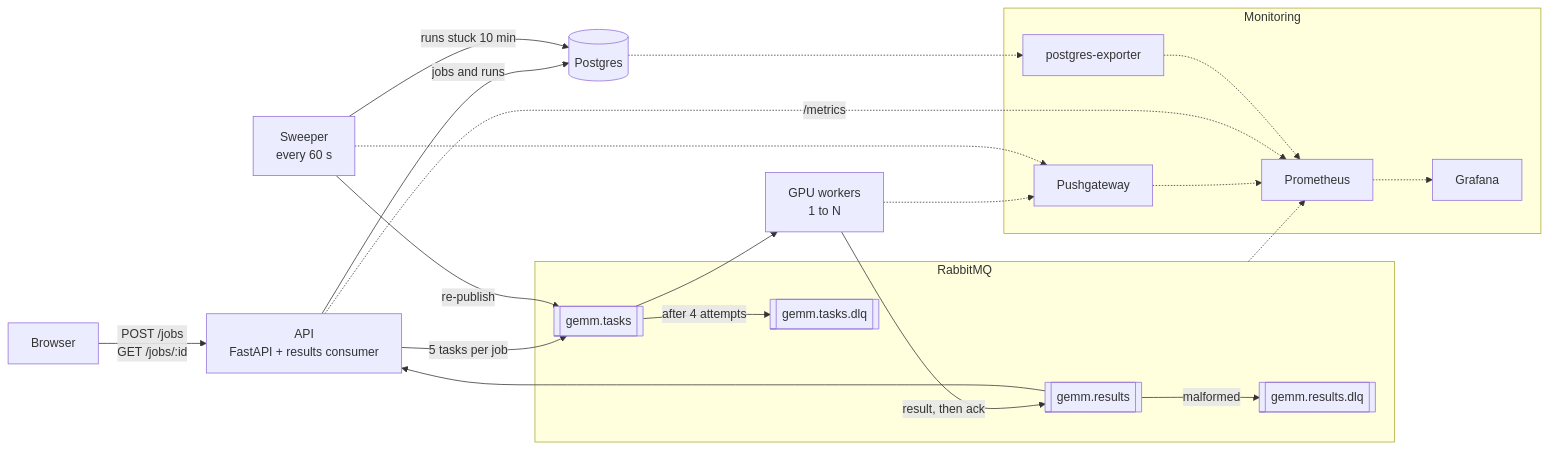
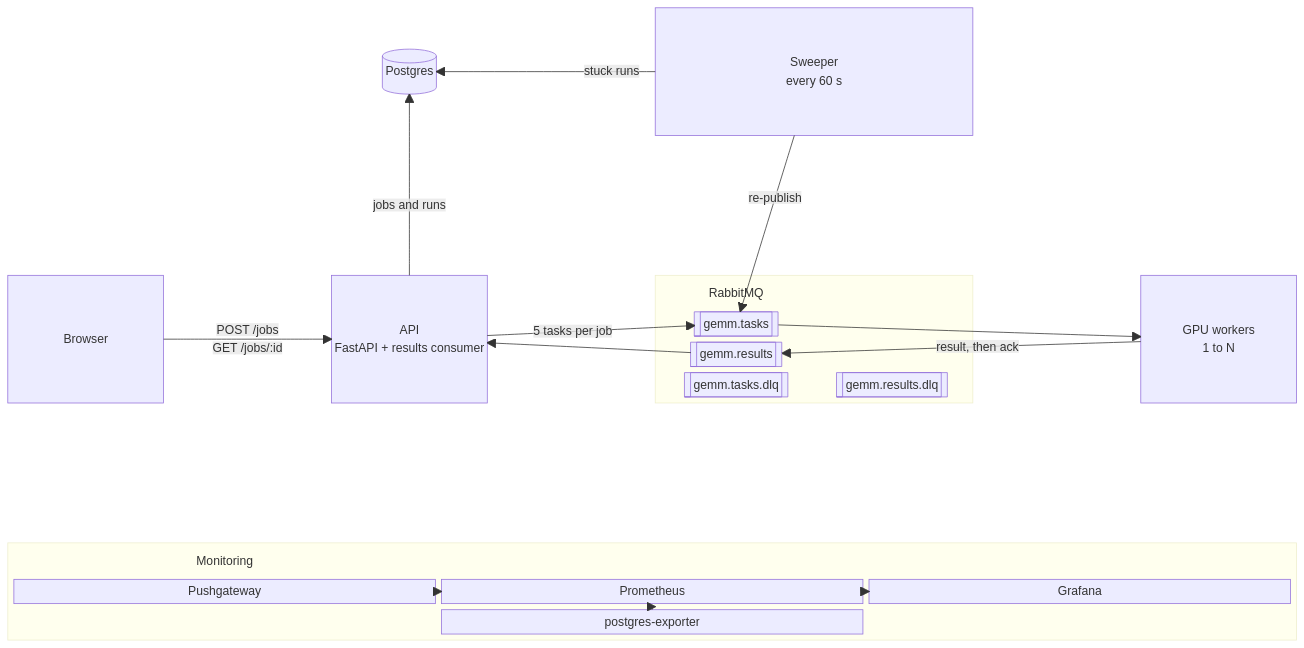
One commit to jayesh-swami/gemm-queue changed the first of 2 diagrams in README.md. Above: the diagram before and after it, drawn with Mermaid. The commit also changed other lines of this file, not shown here.

Commit message:
Rearrange the component diagram

````diff
--- a/README.md
+++ b/README.md
@@ -7,37 +7,35 @@
 ```mermaid
-flowchart LR
-    B[Browser] -->|POST /jobs<br/>GET /jobs/:id| API[API<br/>FastAPI + results consumer]
-    API -->|jobs and runs| DB[(Postgres)]
-
-    subgraph MQ[RabbitMQ]
-        T[[gemm.tasks]]
-        R[[gemm.results]]
-        TD[[gemm.tasks.dlq]]
-        RD[[gemm.results.dlq]]
-    end
-
-    API -->|5 tasks per job| T
-    T --> W[GPU workers<br/>1 to N]
-    W -->|result, then ack| R
-    R --> API
-    T -->|after 4 attempts| TD
-    R -->|malformed| RD
-
-    SW[Sweeper<br/>every 60 s] -->|runs stuck 10 min| DB
-    SW -->|re-publish| T
-
-    subgraph Monitoring
-        PGW[Pushgateway]
-        PE[postgres-exporter]
-        P[Prometheus]
-        G[Grafana]
-    end
-
-    W -.-> PGW
-    SW -.-> PGW
-    PGW -.-> P
-    API -.->|/metrics| P
-    MQ -.-> P
-    DB -.-> PE -.-> P
-    P -.-> G
+block-beta
+  columns 8
+  space:2 DB[("Postgres")] space SW["Sweeper<br/>every 60 s"]:2 space:2
+  space:8
+  B["Browser"] space API["API<br/>FastAPI + results consumer"] space
+  block:MQ:2
+    columns 2
+    MQL["RabbitMQ"]:2
+    T[["gemm.tasks"]]:2
+    R[["gemm.results"]]:2
+    TD[["gemm.tasks.dlq"]] RD[["gemm.results.dlq"]]
+  end
+  space W["GPU workers<br/>1 to N"]
+  space:8
+  block:MON:8
+    columns 3
+    MONL["Monitoring"]:3
+    PGW["Pushgateway"] P["Prometheus"] G["Grafana"]
+    space PE["postgres-exporter"] space
+  end
+  B -- "POST /jobs<br/>GET /jobs/:id" --> API
+  API -- "jobs and runs" --> DB
+  API -- "5 tasks per job" --> T
+  T --> W
+  W -- "result, then ack" --> R
+  R --> API
+  SW -- "stuck runs" --> DB
+  SW -- "re-publish" --> T
+  PGW --> P
+  PE --> P
+  P --> G
+  style MQL fill:none,stroke:none
+  style MONL fill:none,stroke:none
 ```
````
